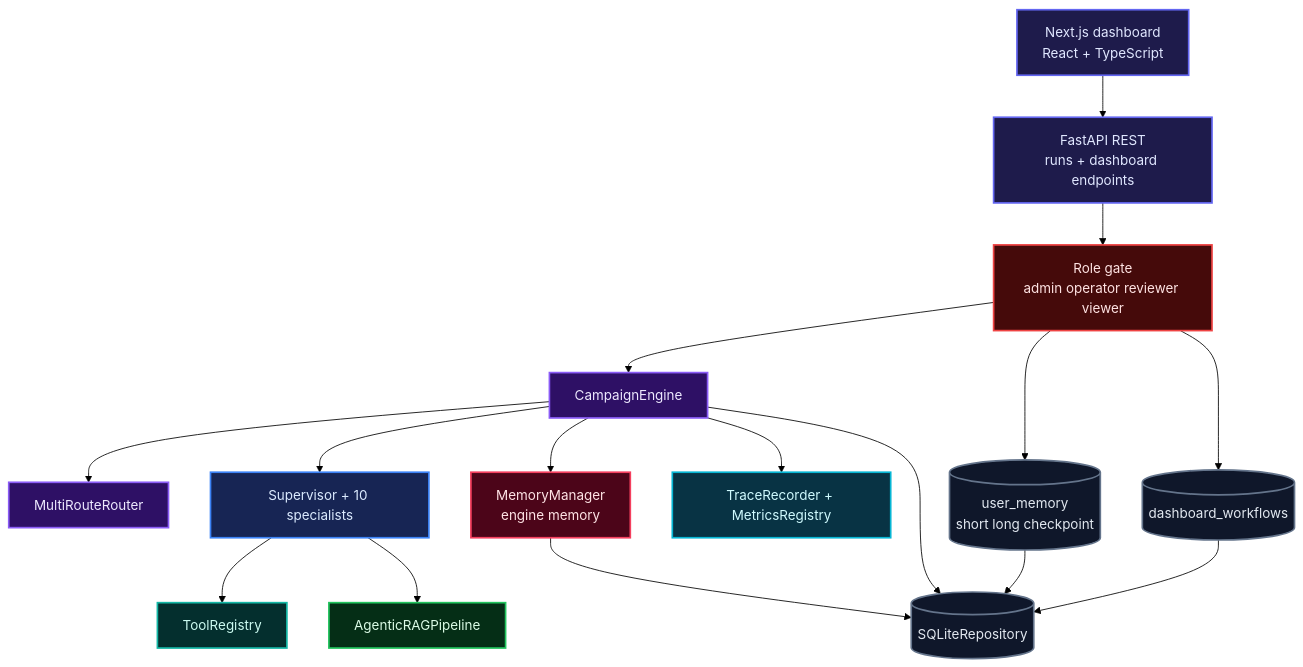
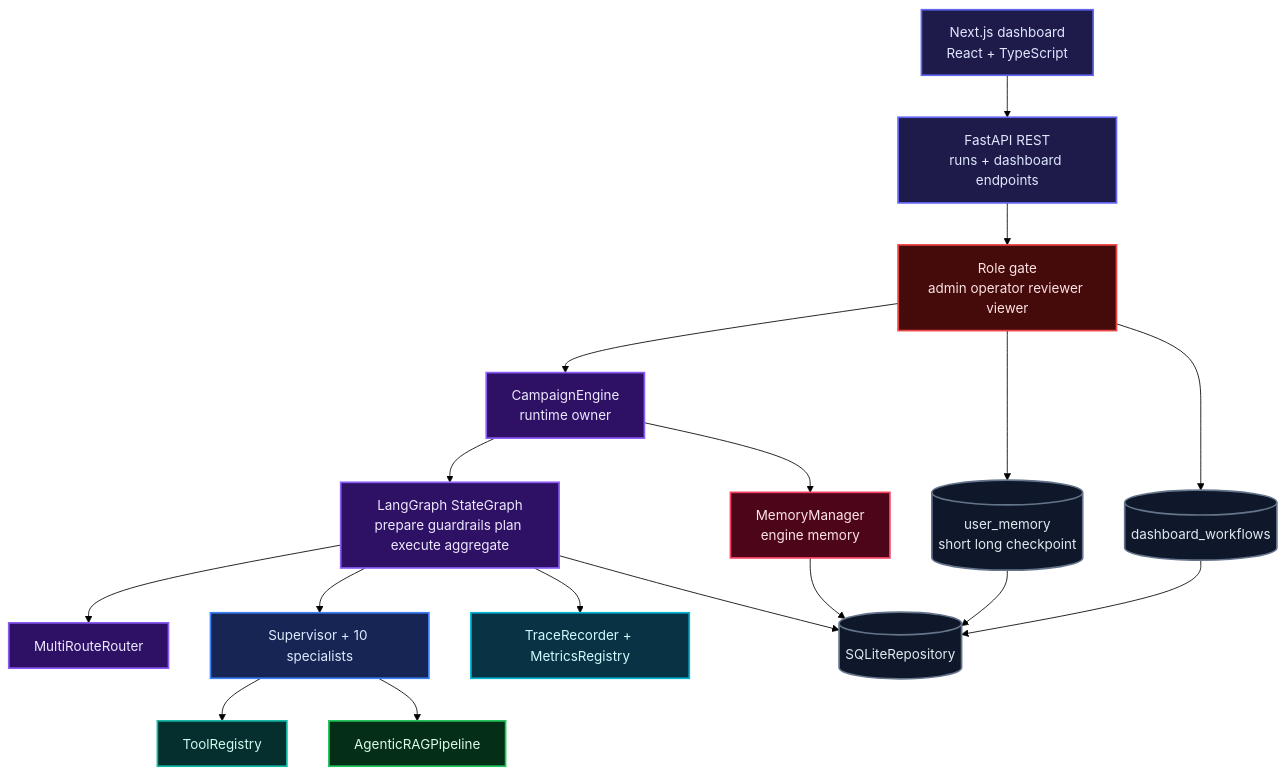
The first of 2 diagrams in docs/architecture.md (shakehasan/Agentic-Studio), drawn with Mermaid (forest theme) before and after one commit. The commit also changed other lines of this file and 7 other files, not shown here.

Commit message:
Add LangGraph orchestration runtime

````diff
--- a/docs/architecture.md
+++ b/docs/architecture.md
@@ -9,42 +9,44 @@
 ```mermaid
 flowchart TB
     classDef iface fill:#1e1b4b,stroke:#6366f1,stroke-width:2px,color:#e0e7ff
     classDef orch  fill:#2e1065,stroke:#8b5cf6,stroke-width:2px,color:#ede9fe
     classDef agent fill:#172554,stroke:#3b82f6,stroke-width:2px,color:#dbeafe
     classDef tool  fill:#042f2e,stroke:#14b8a6,stroke-width:2px,color:#ccfbf1
     classDef rag   fill:#052e16,stroke:#22c55e,stroke-width:2px,color:#dcfce7
     classDef mem   fill:#4c0519,stroke:#f43f5e,stroke-width:2px,color:#ffe4e6
     classDef gate  fill:#450a0a,stroke:#ef4444,stroke-width:2px,color:#fee2e2
     classDef obs   fill:#083344,stroke:#06b6d4,stroke-width:2px,color:#cffafe
     classDef store fill:#0f172a,stroke:#64748b,stroke-width:2px,color:#e2e8f0
 
     UI["Next.js dashboard<br/>React + TypeScript"]:::iface
     API["FastAPI REST<br/>runs + dashboard endpoints"]:::iface
     RBAC["Role gate<br/>admin operator reviewer viewer"]:::gate
-    ENGINE["CampaignEngine"]:::orch
+    ENGINE["CampaignEngine<br/>runtime owner"]:::orch
+    GRAPH["LangGraph StateGraph<br/>prepare guardrails plan execute aggregate"]:::orch
     ROUTER["MultiRouteRouter"]:::orch
     AGENTS["Supervisor + 10 specialists"]:::agent
     TOOLS["ToolRegistry"]:::tool
     RAG["AgenticRAGPipeline"]:::rag
     MEM["MemoryManager<br/>engine memory"]:::mem
     USERMEM[("user_memory<br/>short long checkpoint")]:::store
     WORKFLOWS[("dashboard_workflows")]:::store
     OBS["TraceRecorder + MetricsRegistry"]:::obs
     STORE[("SQLiteRepository")]:::store
 
     UI --> API
     API --> RBAC
     RBAC --> ENGINE
-    ENGINE --> ROUTER
-    ENGINE --> AGENTS
+    ENGINE --> GRAPH
+    GRAPH --> ROUTER
+    GRAPH --> AGENTS
     AGENTS --> TOOLS
     AGENTS --> RAG
     ENGINE --> MEM
     RBAC --> USERMEM
     RBAC --> WORKFLOWS
-    ENGINE --> OBS
-    ENGINE --> STORE
+    GRAPH --> OBS
+    GRAPH --> STORE
     MEM --> STORE
     USERMEM --> STORE
     WORKFLOWS --> STORE
 ```
````
